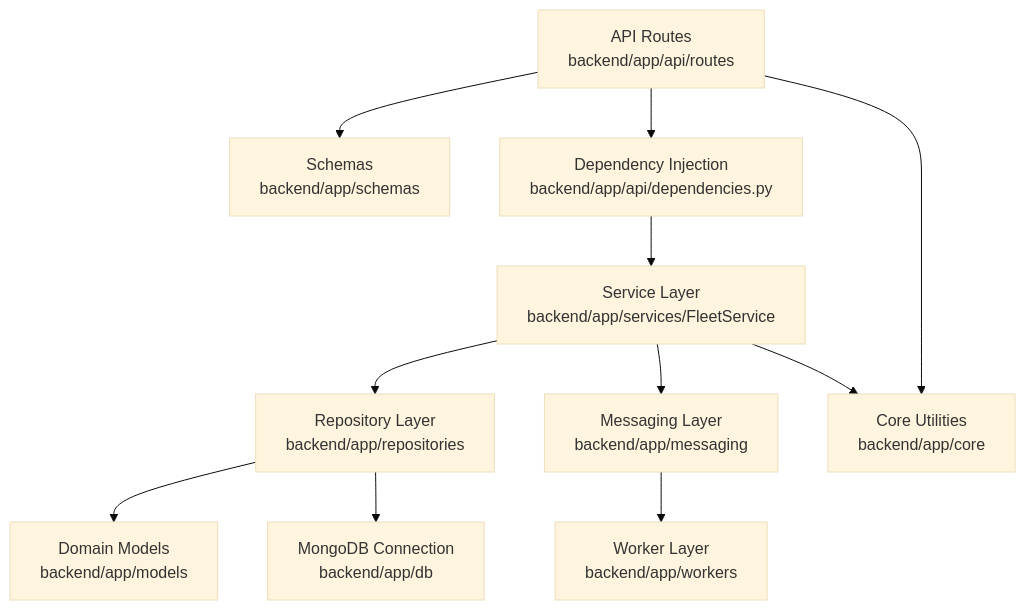
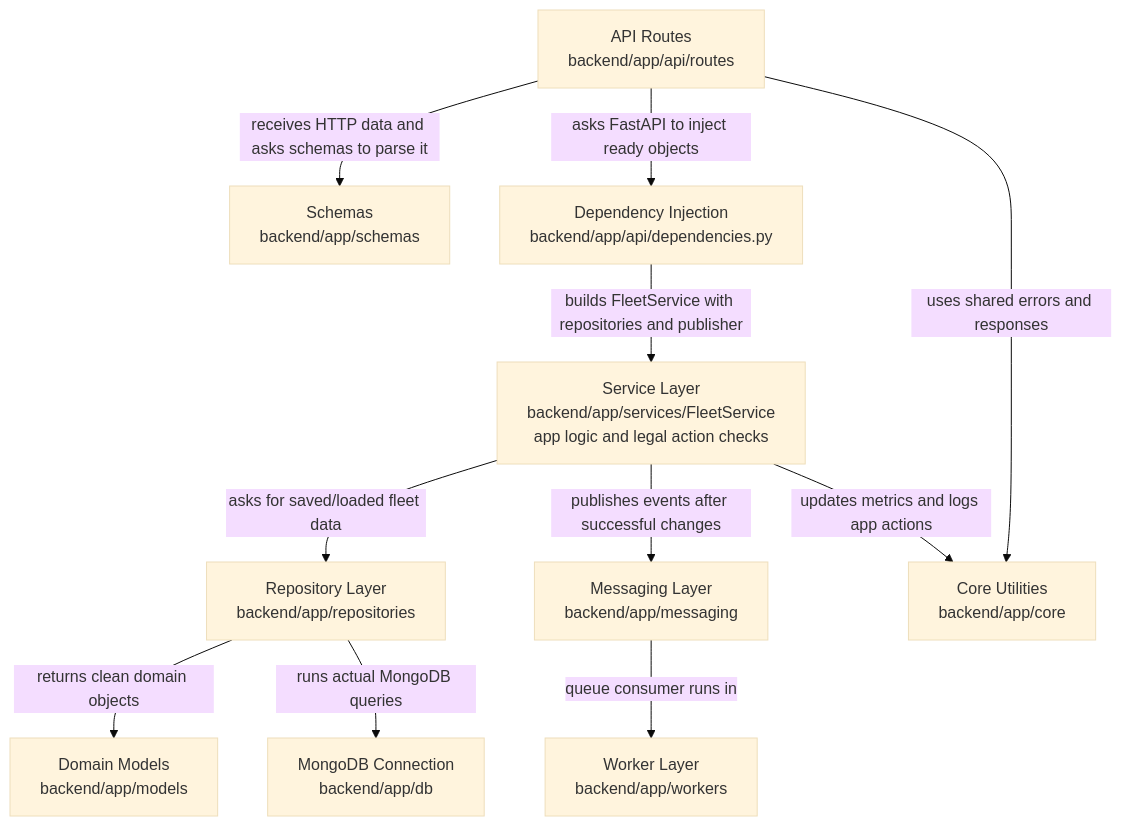
One commit to YonatanMoshes/Rental changed the second of 15 diagrams in README.md. Above: the diagram before and after it, drawn with Mermaid (base theme). The commit also changed other lines of this file, not shown here.

Commit message:
Clarify README diagrams and layer explanations

````diff
--- a/README.md
+++ b/README.md
@@ -72,24 +72,24 @@
 ```mermaid
 flowchart TB
     Routes["API Routes<br/>backend/app/api/routes"]
     Schemas["Schemas<br/>backend/app/schemas"]
     Dependencies["Dependency Injection<br/>backend/app/api/dependencies.py"]
-    Service["Service Layer<br/>backend/app/services/FleetService"]
+    Service["Service Layer<br/>backend/app/services/FleetService<br/>app logic and legal action checks"]
     Repositories["Repository Layer<br/>backend/app/repositories"]
     Models["Domain Models<br/>backend/app/models"]
     Database["MongoDB Connection<br/>backend/app/db"]
     Messaging["Messaging Layer<br/>backend/app/messaging"]
     Worker["Worker Layer<br/>backend/app/workers"]
     Core["Core Utilities<br/>backend/app/core"]
 
-    Routes --> Schemas
-    Routes --> Dependencies
-    Dependencies --> Service
-    Service --> Repositories
-    Repositories --> Models
-    Repositories --> Database
-    Service --> Messaging
-    Messaging --> Worker
-    Routes --> Core
-    Service --> Core
+    Routes -->|"receives HTTP data and asks schemas to parse it"| Schemas
+    Routes -->|"asks FastAPI to inject ready objects"| Dependencies
+    Dependencies -->|"builds FleetService with repositories and publisher"| Service
+    Service -->|"asks for saved/loaded fleet data"| Repositories
+    Repositories -->|"returns clean domain objects"| Models
+    Repositories -->|"runs actual MongoDB queries"| Database
+    Service -->|"publishes events after successful changes"| Messaging
+    Messaging -->|"queue consumer runs in"| Worker
+    Routes -->|"uses shared errors and responses"| Core
+    Service -->|"updates metrics and logs app actions"| Core
 ```
````
